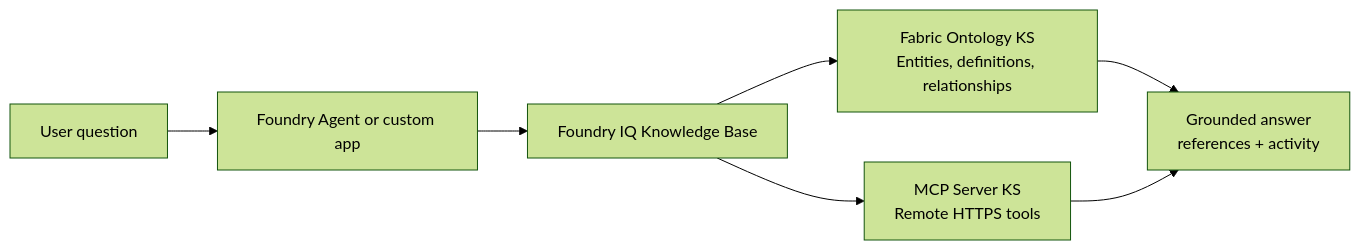
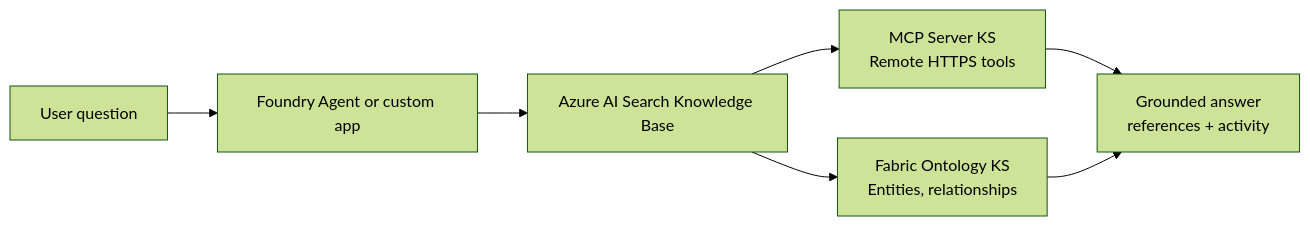
One commit to microsoft/azure-ai-search-foundry-iq-live-knowledge-sources changed the diagram in docs/01-architecture.md. Above: the diagram before and after it, drawn with Mermaid (forest theme). The commit also changed other lines of this file and 2 other files, not shown here.

Commit message:
Add live knowledge sources architecture diagram

````diff
--- a/docs/01-architecture.md
+++ b/docs/01-architecture.md
@@ -3,15 +7,15 @@
 ```mermaid
 flowchart LR
   User["User question"]
   Agent["Foundry Agent or custom app"]
-  KB["Foundry IQ Knowledge Base"]
-  Fabric["Fabric Ontology KS\nEntities, definitions, relationships"]
   MCP["MCP Server KS\nRemote HTTPS tools"]
+  Fabric["Fabric Ontology KS\nEntities, relationships"]
+  KB["Azure AI Search Knowledge Base"]
   Answer["Grounded answer\nreferences + activity"]
 
   User --> Agent --> KB
+  KB --> MCP
   KB --> Fabric
-  KB --> MCP
+  MCP --> Answer
   Fabric --> Answer
-  MCP --> Answer
 ```
````
